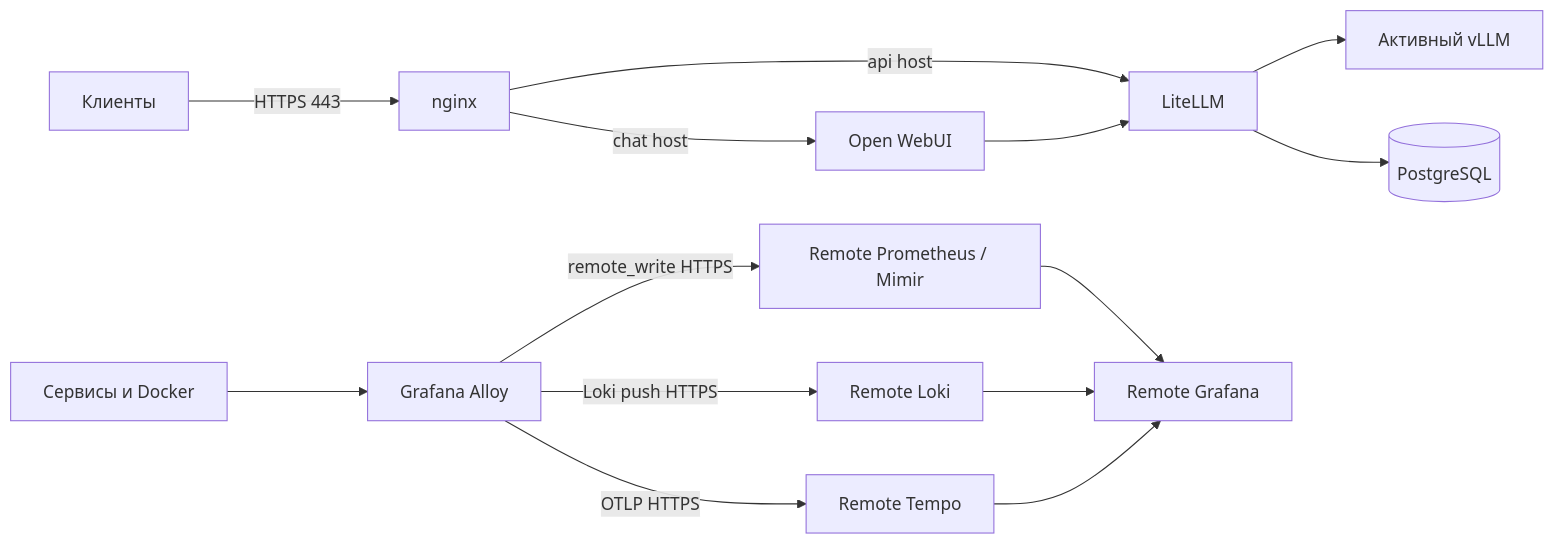
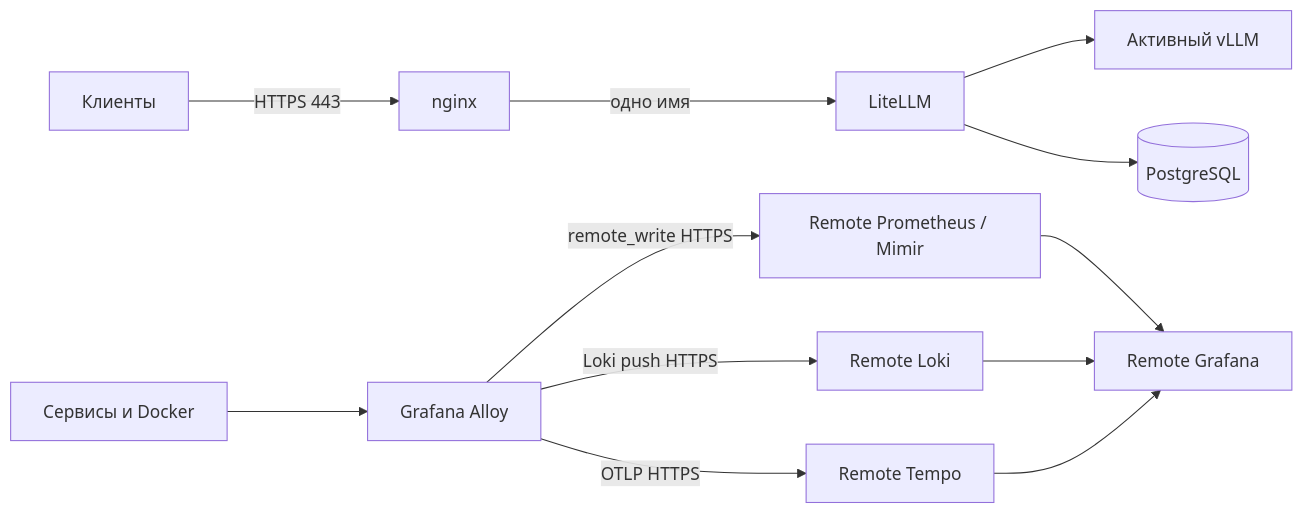
One commit to TheMrDJek/observable-vllm-stack changed the third of 3 diagrams in docs/architecture.md. Above: the diagram before and after it, drawn with Mermaid. The commit also changed other lines of this file and 10 other files, not shown here.

````diff
--- a/docs/architecture.md
+++ b/docs/architecture.md
@@ -46,16 +43,14 @@
 ```mermaid
 flowchart LR
   clients[Клиенты] -->|"HTTPS 443"| nginx[nginx]
-  nginx -->|"api host"| litellm[LiteLLM]
-  nginx -->|"chat host"| webui[Open WebUI]
+  nginx -->|"одно имя"| litellm[LiteLLM]
   litellm --> vllm[Активный vLLM]
   litellm --> postgres[(PostgreSQL)]
-  webui --> litellm
   apps[Сервисы и Docker] --> alloy[Grafana Alloy]
   alloy -->|"remote_write HTTPS"| metrics[Remote Prometheus / Mimir]
   alloy -->|"Loki push HTTPS"| logs[Remote Loki]
   alloy -->|"OTLP HTTPS"| traces[Remote Tempo]
   metrics --> remoteGrafana[Remote Grafana]
   logs --> remoteGrafana
   traces --> remoteGrafana
 ```
````
